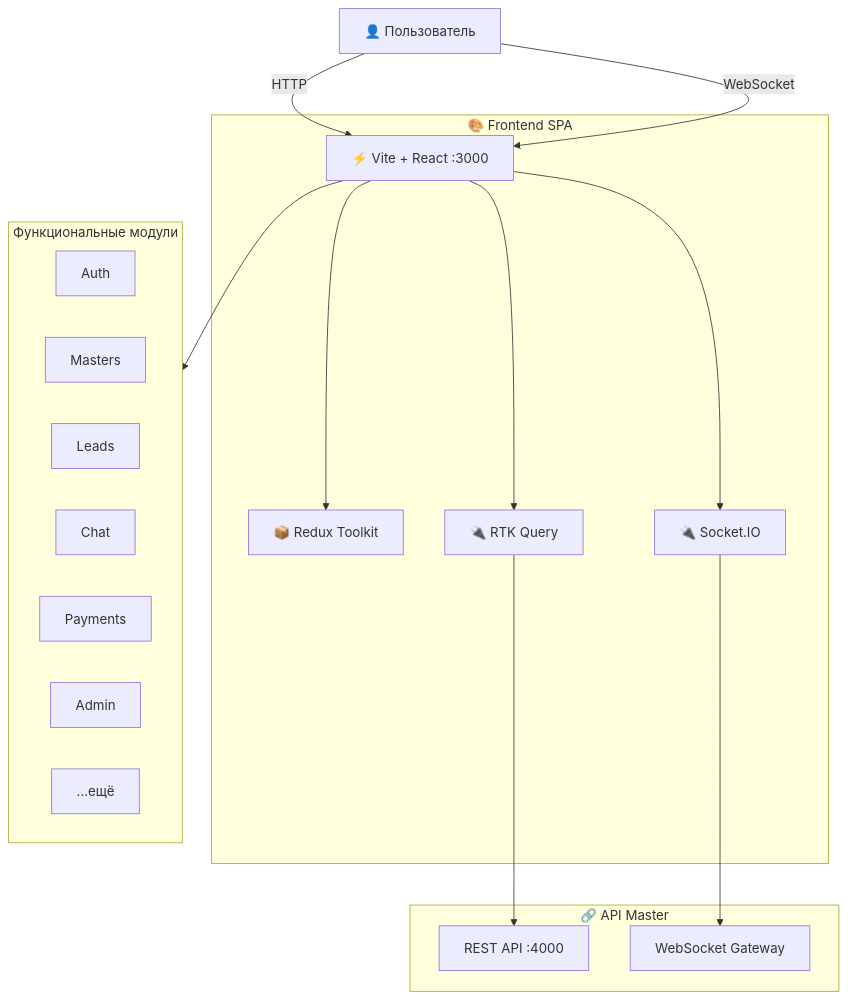
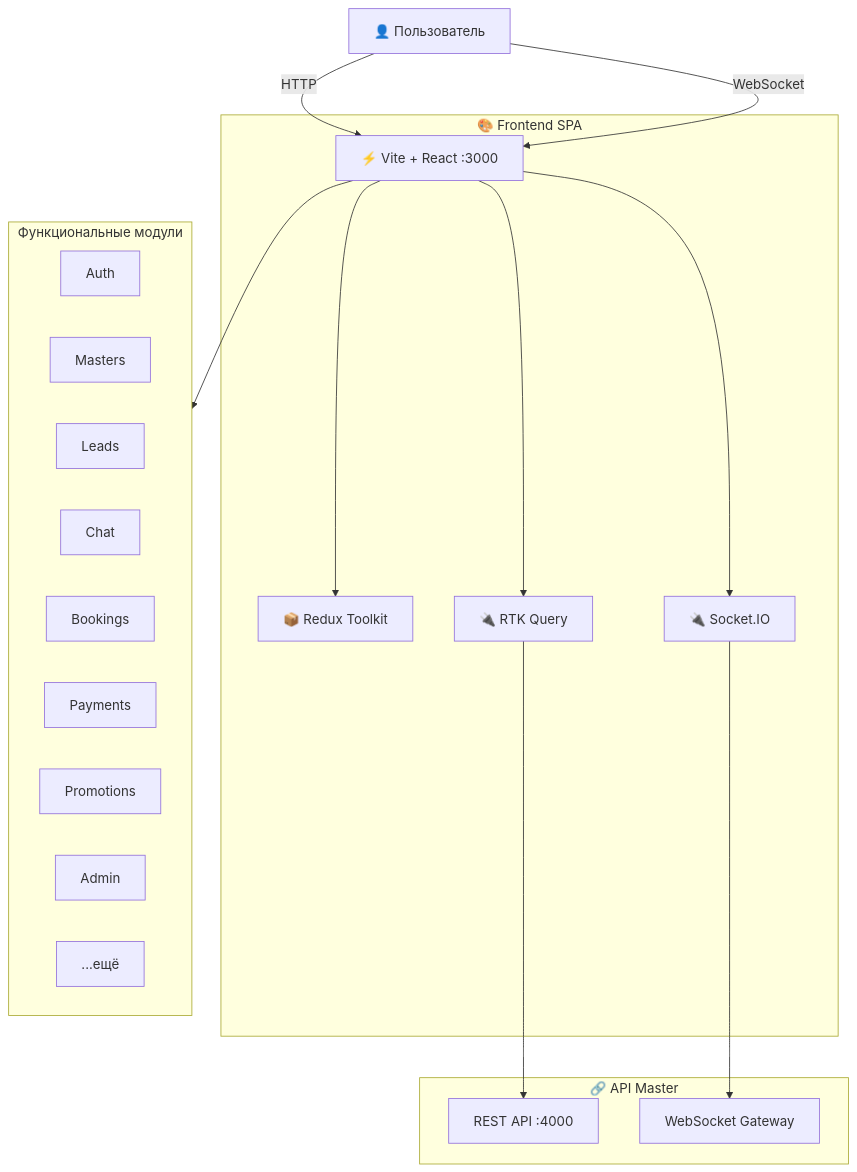
One commit to 1GoodCod1/frontend-master changed the diagram in README.md. Above: the diagram before and after it, drawn with Mermaid. The commit also changed other lines of this file and 4 other files, not shown here.

````diff
--- a/README.md
+++ b/README.md
@@ -45,39 +45,41 @@
 ```mermaid
 graph TB
     User["👤 Пользователь"]
 
     User -->|HTTP| SPA
     User -->|WebSocket| SPA
 
     subgraph Frontend["🎨 Frontend SPA"]
         SPA["⚡ Vite + React :3000"]
         RTK["📦 Redux Toolkit"]
         API["🔌 RTK Query"]
         WS["🔌 Socket.IO"]
     end
 
     SPA --> RTK
     SPA --> API
     SPA --> WS
 
     subgraph Backend["🔗 API Master"]
         REST["REST API :4000"]
         WS_GW["WebSocket Gateway"]
     end
 
     API --> REST
     WS --> WS_GW
 
     subgraph Features["Функциональные модули"]
         direction LR
         F1["Auth"]
         F2["Masters"]
         F3["Leads"]
         F4["Chat"]
-        F5["Payments"]
-        F6["Admin"]
-        F7["...ещё"]
+        F5["Bookings"]
+        F6["Payments"]
+        F7["Promotions"]
+        F8["Admin"]
+        F9["...ещё"]
     end
 
     SPA --> Features
 ```
````
